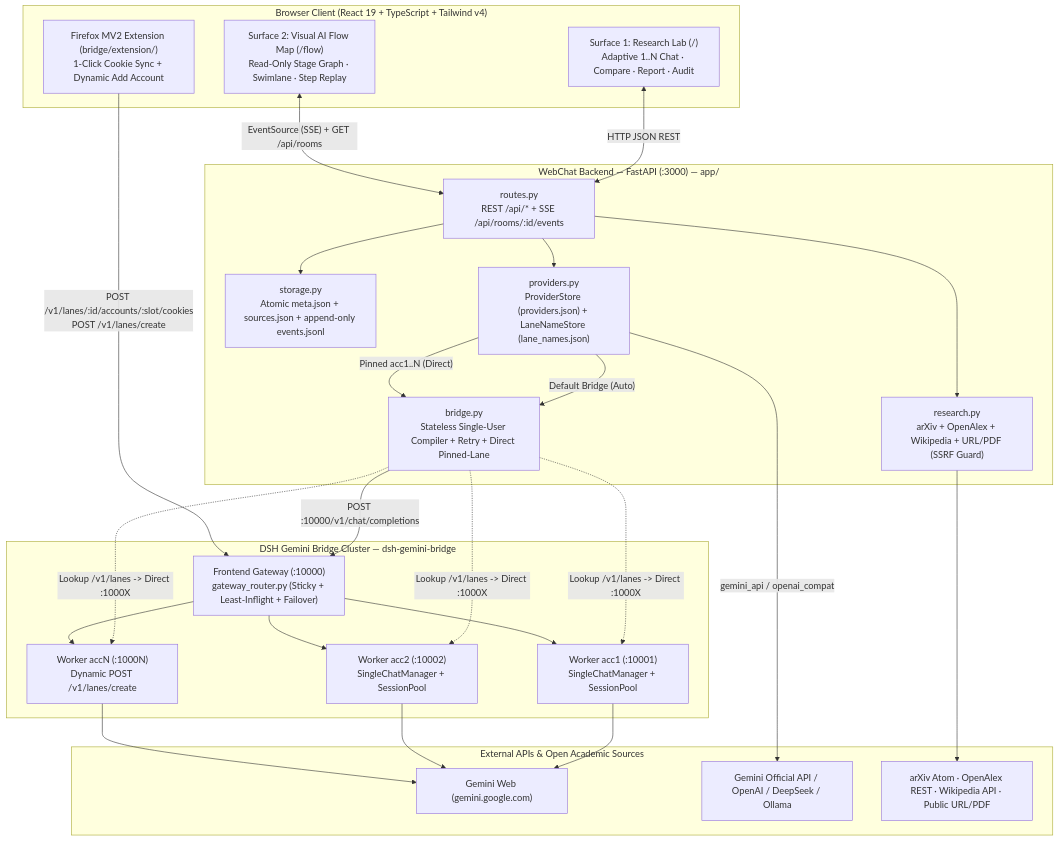
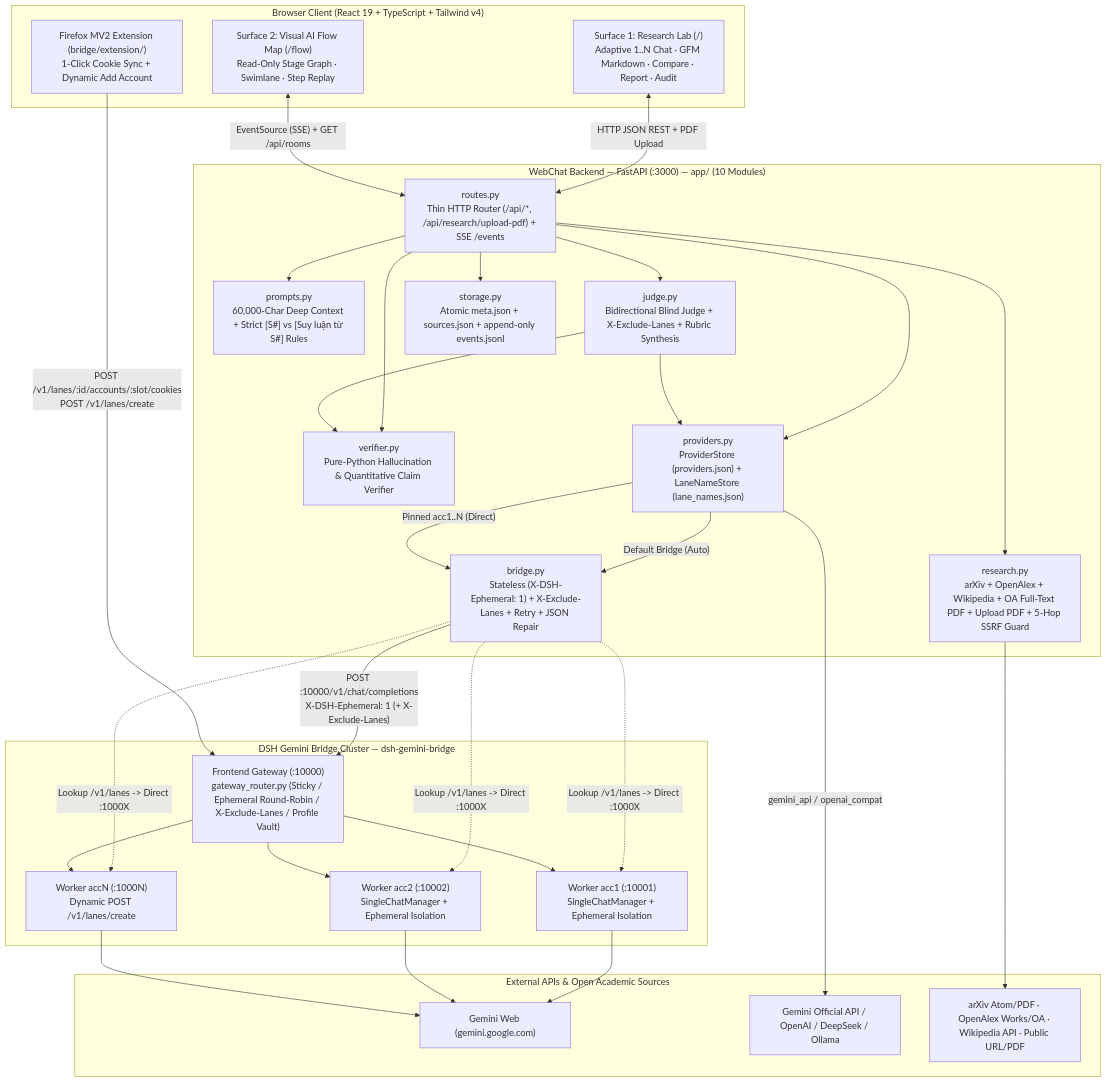
One commit to Khai-1711/research_ai_web changed the first of 2 diagrams in docs/ARCHITECTURE.md. Above: the diagram before and after it, drawn with Mermaid. The commit also changed other lines of this file and 8 other files, not shown here.

Commit message:
docs: rewrite architecture docs and add step-by-step web usage guide

````diff
--- a/docs/ARCHITECTURE.md
+++ b/docs/ARCHITECTURE.md
@@ -13,41 +13,48 @@
 ```mermaid
 flowchart TB
     subgraph Browser["Browser Client (React 19 + TypeScript + Tailwind v4)"]
-        UI1["Surface 1: Research Lab (/)<br/>Adaptive 1..N Chat · Compare · Report · Audit"]
+        UI1["Surface 1: Research Lab (/)<br/>Adaptive 1..N Chat · GFM Markdown · Compare · Report · Audit"]
         UI2["Surface 2: Visual AI Flow Map (/flow)<br/>Read-Only Stage Graph · Swimlane · Step Replay"]
         EXT["Firefox MV2 Extension (bridge/extension/)<br/>1-Click Cookie Sync + Dynamic Add Account"]
     end
 
-    subgraph WebChat["WebChat Backend — FastAPI (:3000) — app/"]
-        ROUTES["routes.py<br/>REST /api/* + SSE /api/rooms/:id/events"]
+    subgraph WebChat["WebChat Backend — FastAPI (:3000) — app/ (10 Modules)"]
+        ROUTES["routes.py<br/>Thin HTTP Router (/api/*, /api/research/upload-pdf) + SSE /events"]
+        PROMPTS["prompts.py<br/>60,000-Char Deep Context + Strict [S#] vs [Suy luận từ S#] Rules"]
+        VERIFIER["verifier.py<br/>Pure-Python Hallucination & Quantitative Claim Verifier"]
+        JUDGE["judge.py<br/>Bidirectional Blind Judge + X-Exclude-Lanes + Rubric Synthesis"]
         STORE["storage.py<br/>Atomic meta.json + sources.json + append-only events.jsonl"]
         PROV["providers.py<br/>ProviderStore (providers.json) + LaneNameStore (lane_names.json)"]
-        RES["research.py<br/>arXiv + OpenAlex + Wikipedia + URL/PDF (SSRF Guard)"]
-        BCLIENT["bridge.py<br/>Stateless Single-User Compiler + Retry + Direct Pinned-Lane"]
+        RES["research.py<br/>arXiv + OpenAlex + Wikipedia + OA Full-Text PDF + Upload PDF + 5-Hop SSRF Guard"]
+        BCLIENT["bridge.py<br/>Stateless (X-DSH-Ephemeral: 1) + X-Exclude-Lanes + Retry + JSON Repair"]
     end
 
     subgraph Bridge["DSH Gemini Bridge Cluster — dsh-gemini-bridge"]
-        GW["Frontend Gateway (:10000)<br/>gateway_router.py (Sticky + Least-Inflight + Failover)"]
-        W1["Worker acc1 (:10001)<br/>SingleChatManager + SessionPool"]
-        W2["Worker acc2 (:10002)<br/>SingleChatManager + SessionPool"]
+        GW["Frontend Gateway (:10000)<br/>gateway_router.py (Sticky / Ephemeral Round-Robin / X-Exclude-Lanes / Profile Vault)"]
+        W1["Worker acc1 (:10001)<br/>SingleChatManager + Ephemeral Isolation"]
+        W2["Worker acc2 (:10002)<br/>SingleChatManager + Ephemeral Isolation"]
         WN["Worker accN (:1000N)<br/>Dynamic POST /v1/lanes/create"]
     end
 
     subgraph External["External APIs & Open Academic Sources"]
         GEMWEB["Gemini Web (gemini.google.com)"]
         EXTAPI["Gemini Official API / OpenAI / DeepSeek / Ollama"]
-        ACAD["arXiv Atom · OpenAlex REST · Wikipedia API · Public URL/PDF"]
+        ACAD["arXiv Atom/PDF · OpenAlex Works/OA · Wikipedia API · Public URL/PDF"]
     end
 
-    UI1 <-->|"HTTP JSON REST"| ROUTES
+    UI1 <-->|"HTTP JSON REST + PDF Upload"| ROUTES
     UI2 <-->|"EventSource (SSE) + GET /api/rooms"| ROUTES
+    ROUTES --> PROMPTS
+    ROUTES --> VERIFIER
+    ROUTES --> JUDGE --> VERIFIER
     ROUTES --> STORE
     ROUTES --> RES --> ACAD
     ROUTES --> PROV
-    PROV -->|"Default Bridge (Auto)"| BCLIENT -->|"POST :10000/v1/chat/completions"| GW
+    JUDGE --> PROV
+    PROV -->|"Default Bridge (Auto)"| BCLIENT -->|"POST :10000/v1/chat/completions<br/>X-DSH-Ephemeral: 1 (+ X-Exclude-Lanes)"| GW
     PROV -->|"Pinned acc1..N (Direct)"| BCLIENT -.->|"Lookup /v1/lanes -> Direct :1000X"| W1 & W2 & WN
     PROV -->|"gemini_api / openai_compat"| EXTAPI
     GW --> W1 & W2 & WN
     W1 & W2 & WN --> GEMWEB
     EXT -->|"POST /v1/lanes/:id/accounts/:slot/cookies<br/>POST /v1/lanes/create"| GW
 ```
````
